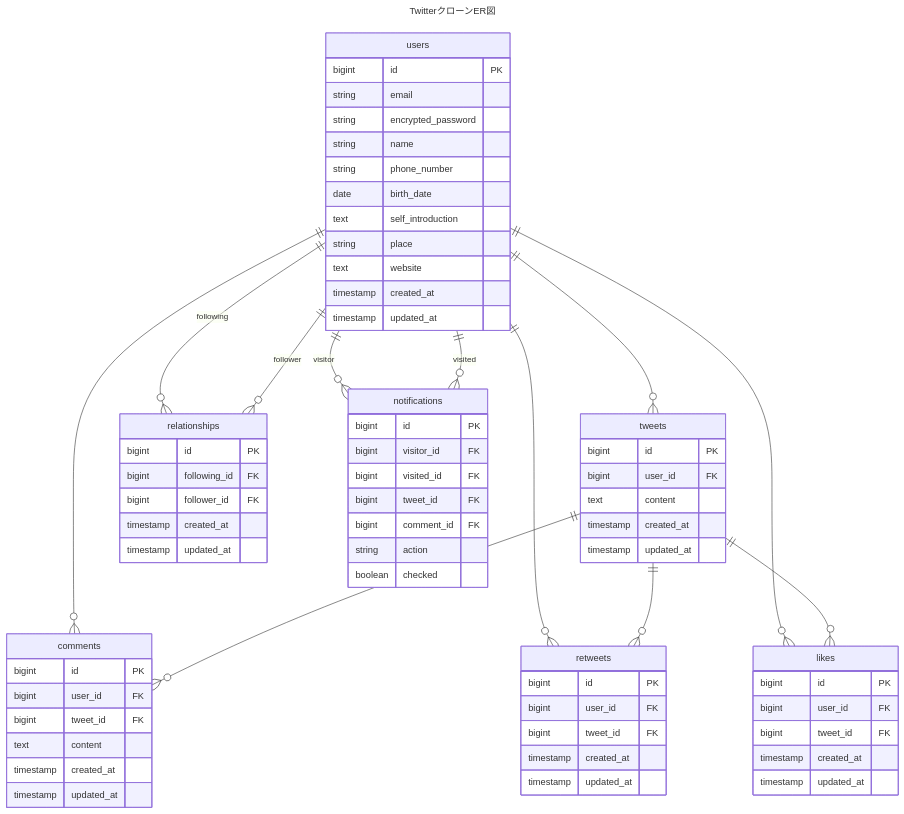
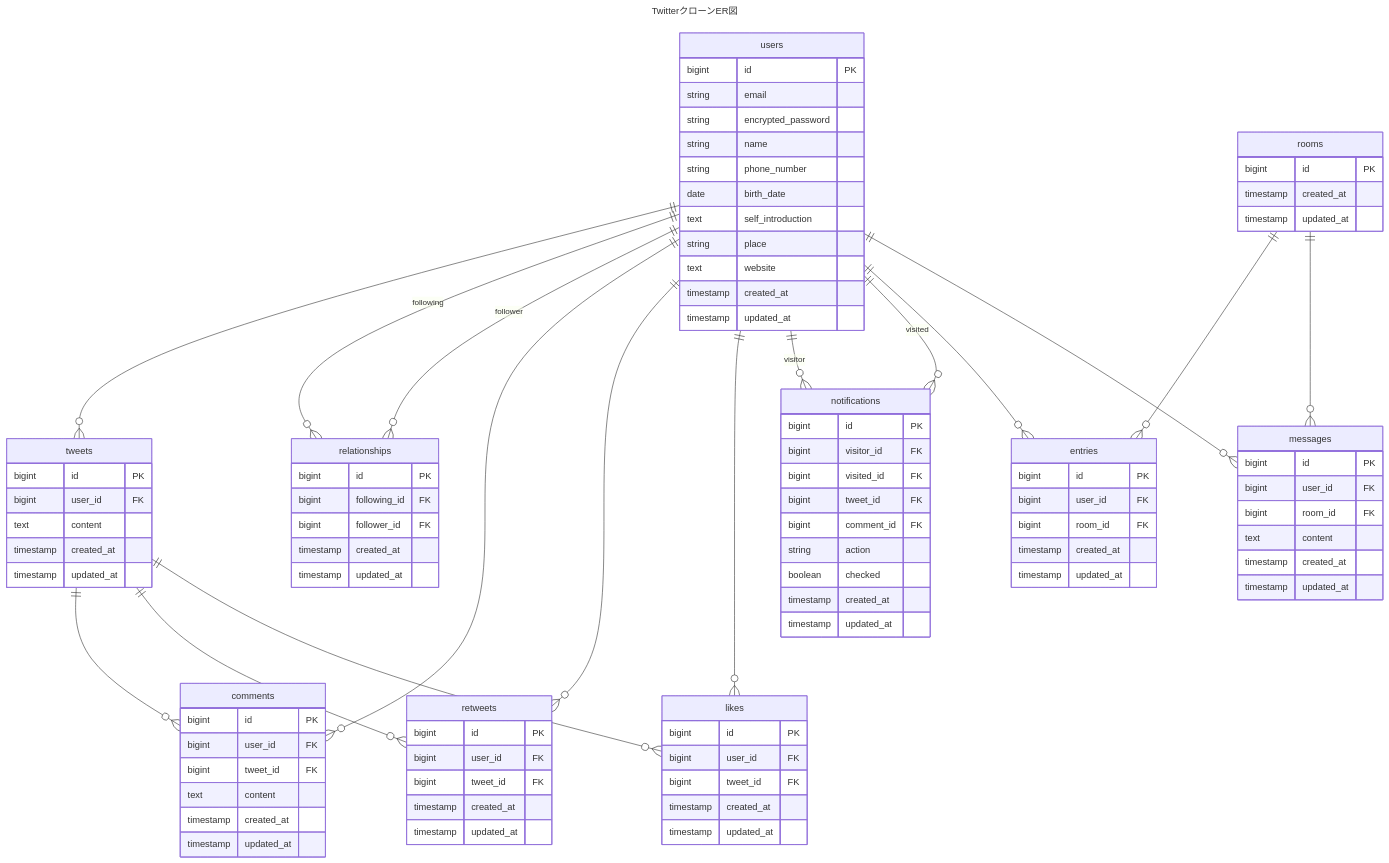
The diagram in README.md (jin-hatanaka/twitter_clone), drawn with Mermaid before and after one commit.

````diff
--- a/README.md
+++ b/README.md
@@ -41,6 +41,10 @@
     tweets ||--o{ likes : ""
     users ||--o{ notifications : "visitor"
     users ||--o{ notifications : "visited"
+    users ||--o{ entries : ""
+    rooms ||--o{ entries : ""
+    users ||--o{ messages : ""
+    rooms ||--o{ messages : ""
 
     users {
         bigint id PK
@@ -105,6 +109,31 @@
         bigint comment_id FK
         string action
         boolean checked
+        timestamp created_at
+        timestamp updated_at
+    }
+
+    rooms {
+        bigint id PK
+        timestamp created_at
+        timestamp updated_at
+    }
+
+    entries {
+        bigint id PK
+        bigint user_id FK
+        bigint room_id FK
+        timestamp created_at
+        timestamp updated_at
+    }
+
+    messages {
+        bigint id PK
+        bigint user_id FK
+        bigint room_id FK
+        text content
+        timestamp created_at
+        timestamp updated_at
     }
 
 ```
````
